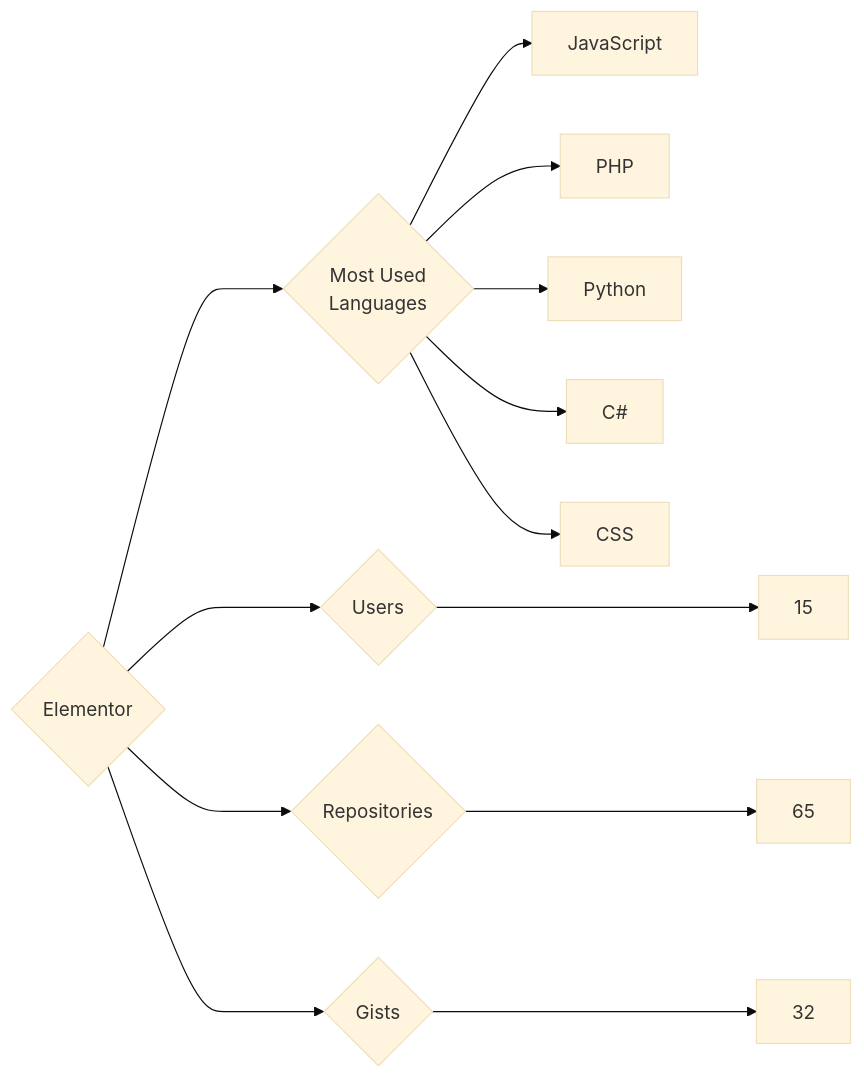
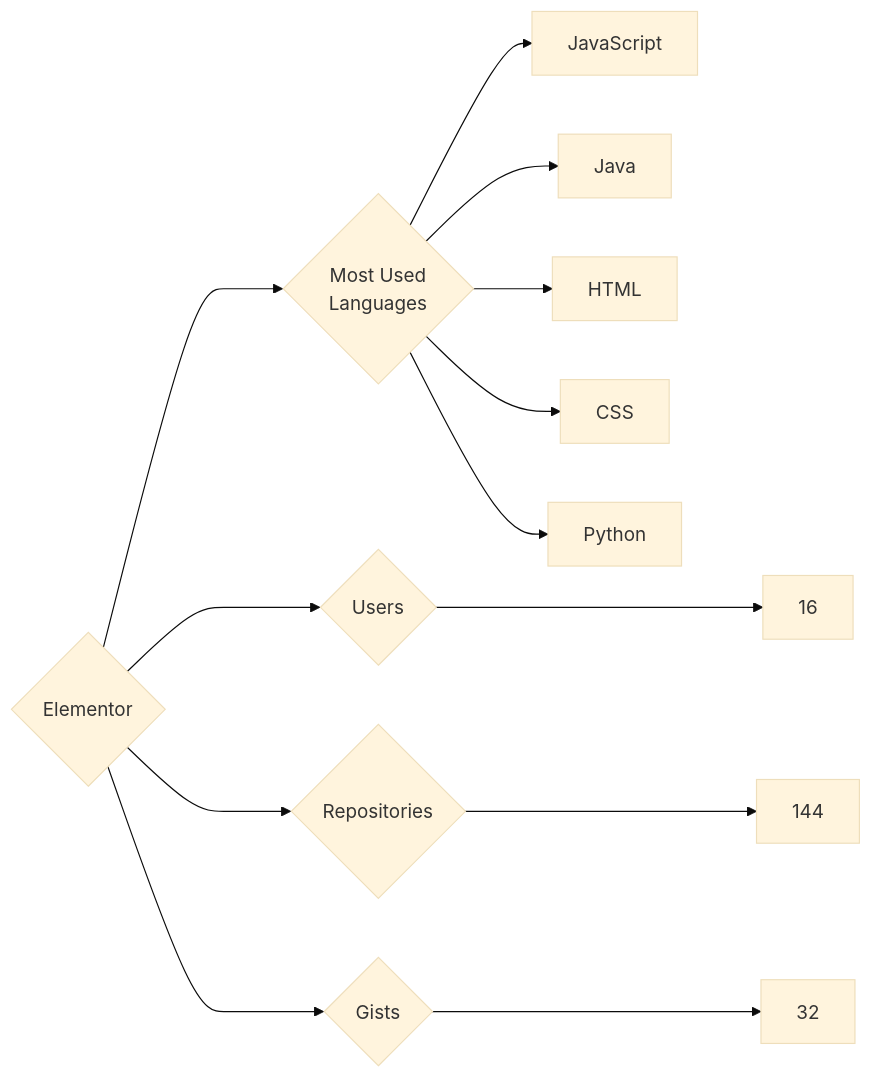
Before and after one commit to trickest/insiders: the diagram in targets/Elementor/README.md, drawn with Mermaid (base theme). The commit also changed 932 other files, not shown here.

````diff
--- a/targets/Elementor/README.md
+++ b/targets/Elementor/README.md
@@ -3,13 +3,13 @@
 ```mermaid
 graph LR
 COMPANY_NAME{Elementor}
-COMPANY_NAME ---> U{Users} ---> UN[15]
-COMPANY_NAME ---> R{Repositories} ---> RN[65]
+COMPANY_NAME ---> U{Users} ---> UN[16]
+COMPANY_NAME ---> R{Repositories} ---> RN[144]
 COMPANY_NAME ---> G{Gists} ---> GN[32]
 COMPANY_NAME ---> ML{Most Used<br>Languages}
 ML --> JavaScript[JavaScript]
-ML --> PHP[PHP]
+ML --> Java[Java]
+ML --> HTML[HTML]
+ML --> CSS[CSS]
 ML --> Python[Python]
-ML --> C#[C#]
-ML --> CSS[CSS]
 ```
````
